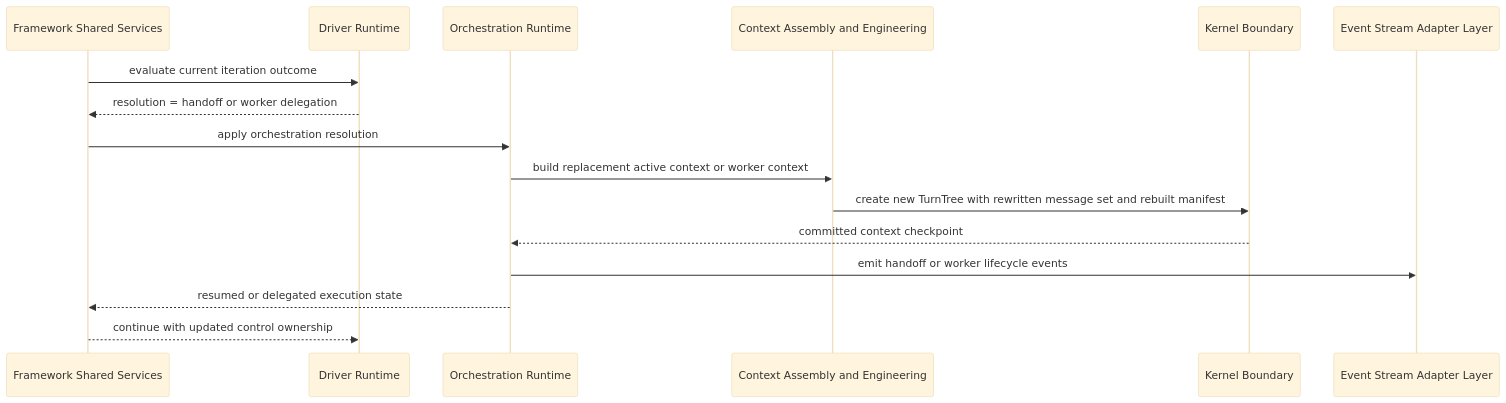
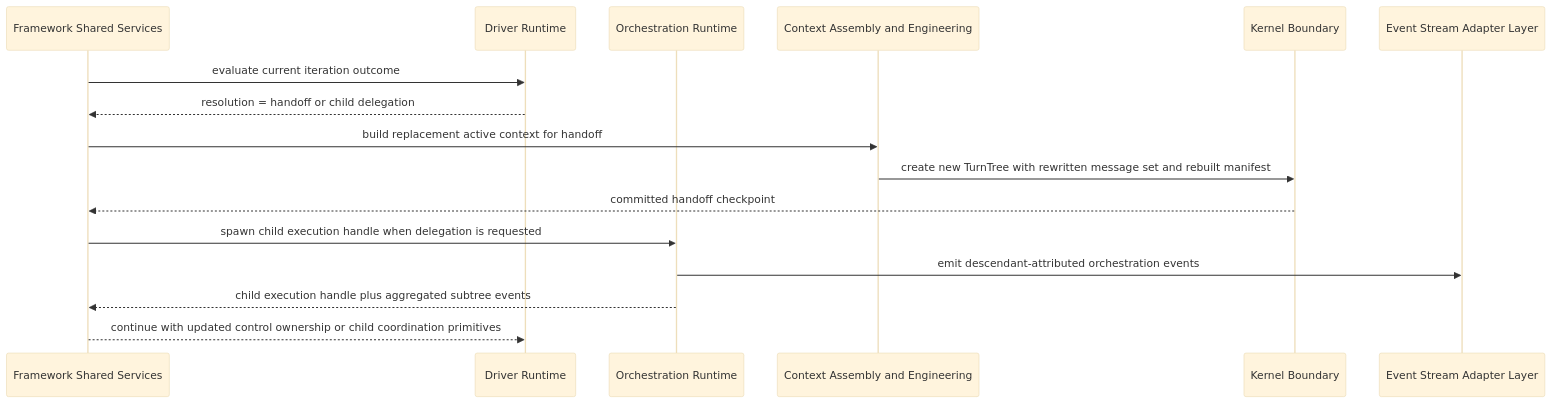
The fifth of 5 diagrams in constitution/Architecture.md (Tuvren/framework), drawn with Mermaid (base theme) before and after one commit. The commit also changed other lines of this file and 96 other files, not shown here.

````diff
--- a/constitution/Architecture.md
+++ b/constitution/Architecture.md
@@ -270,19 +272,19 @@
 ```mermaid
 sequenceDiagram
 participant Framework as Framework Shared Services
 participant Driver as Driver Runtime
 participant Orch as Orchestration Runtime
 participant Context as Context Assembly and Engineering
 participant Kernel as Kernel Boundary
 participant Events as Event Stream Adapter Layer
 
 Framework->>Driver: evaluate current iteration outcome
-Driver-->>Framework: resolution = handoff or worker delegation
-Framework->>Orch: apply orchestration resolution
-Orch->>Context: build replacement active context or worker context
+Driver-->>Framework: resolution = handoff or child delegation
+Framework->>Context: build replacement active context for handoff
 Context->>Kernel: create new TurnTree with rewritten message set and rebuilt manifest
-Kernel-->>Orch: committed context checkpoint
-Orch->>Events: emit handoff or worker lifecycle events
-Orch-->>Framework: resumed or delegated execution state
-Framework-->>Driver: continue with updated control ownership
+Kernel-->>Framework: committed handoff checkpoint
+Framework->>Orch: spawn child execution handle when delegation is requested
+Orch->>Events: emit descendant-attributed orchestration events
+Orch-->>Framework: child execution handle plus aggregated subtree events
+Framework-->>Driver: continue with updated control ownership or child coordination primitives
 ```
````
